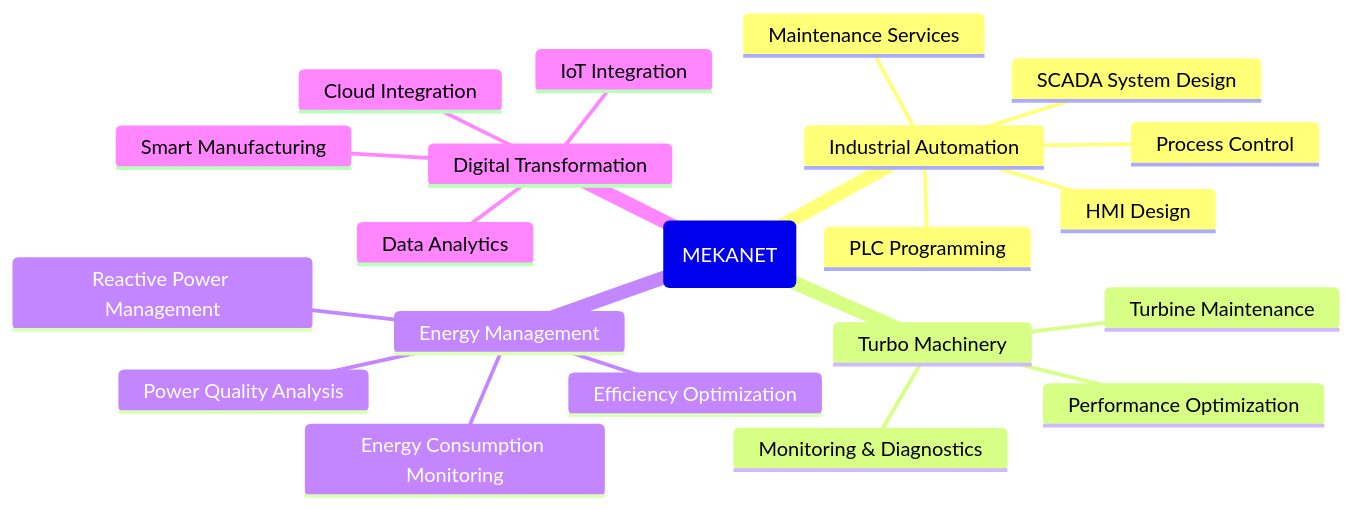
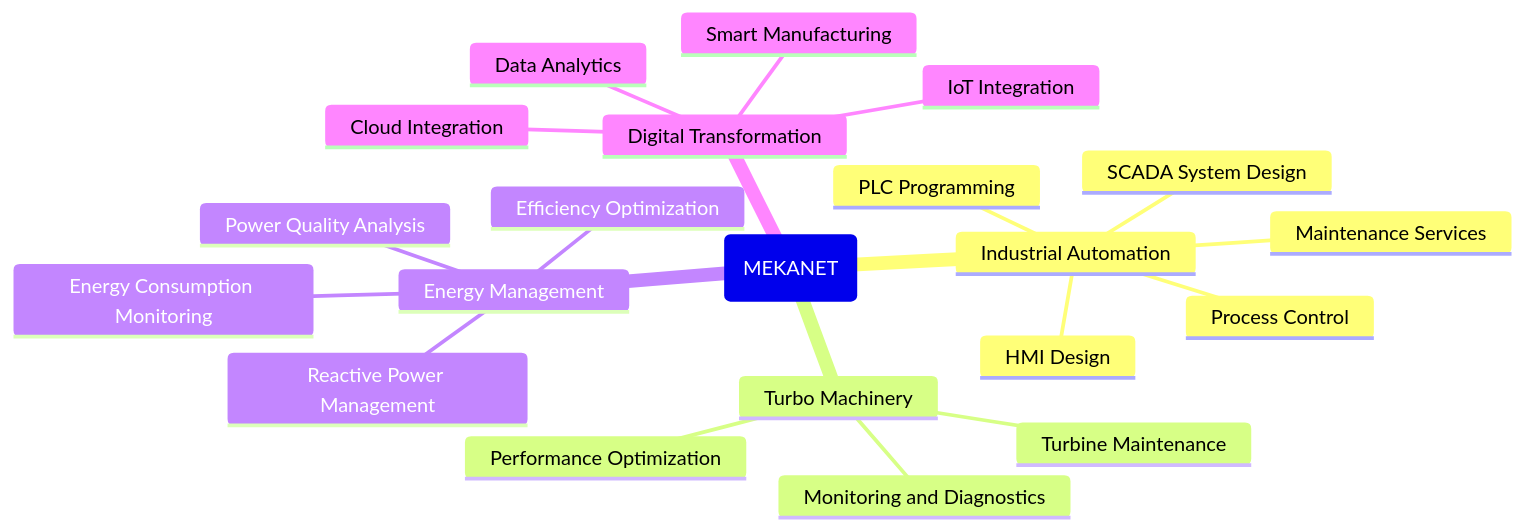
The diagram in profile/README.md (Mekanet-Energy/.github), drawn with Mermaid before and after one commit.

````diff
--- a/profile/README.md
+++ b/profile/README.md
@@ -9,25 +9,25 @@
 ```mermaid
 mindmap
   root(MEKANET)
       Industrial Automation
         PLC Programming
         SCADA System Design
         Process Control
         HMI Design
         Maintenance Services
       Turbo Machinery
         Turbine Maintenance
         Performance Optimization
-        Monitoring & Diagnostics
+        Monitoring and Diagnostics
       Energy Management
         Energy Consumption Monitoring
         Power Quality Analysis
         Efficiency Optimization
         Reactive Power Management
       Digital Transformation
         IoT Integration
         Data Analytics
         Smart Manufacturing
         Cloud Integration
 
 ```
````
